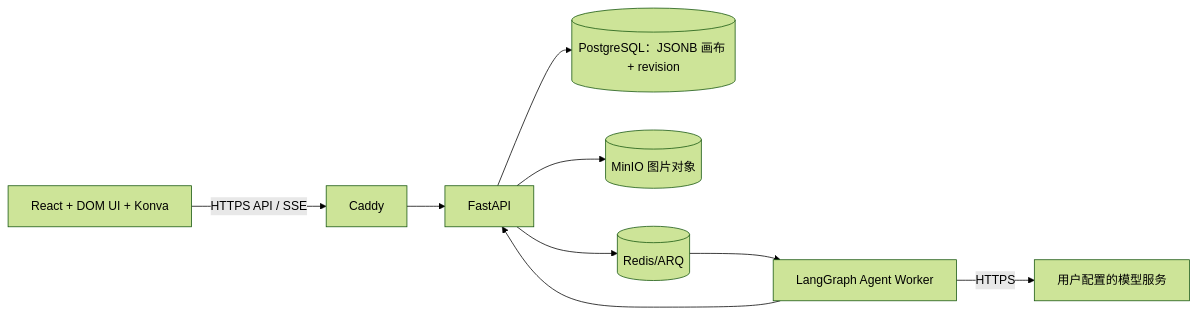
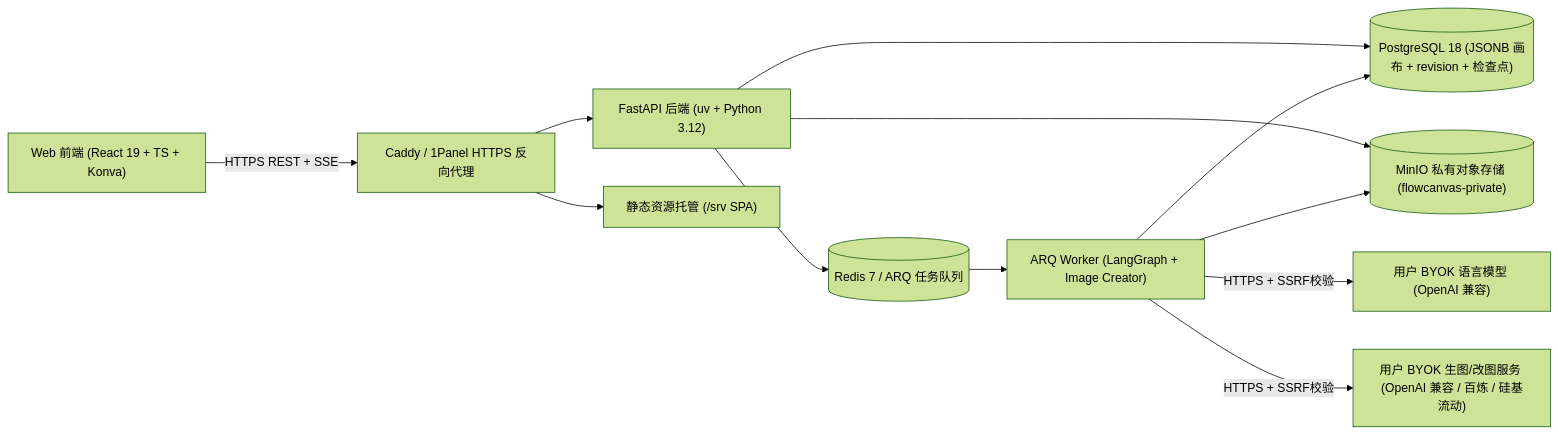
One commit to leileigwl/online-canvas-platform changed the diagram in docs/ARCHITECTURE.md. Above: the diagram before and after it, drawn with Mermaid (forest theme). The commit also changed other lines of this file and 139 other files, not shown here.

Commit message:
feat(platform): complete FlowCanvas v2 studio, BYOK image providers, Harness memory, and Docker stack

````diff
--- a/docs/ARCHITECTURE.md
+++ b/docs/ARCHITECTURE.md
@@ -9,11 +9,14 @@
 ```mermaid
 flowchart LR
-  Browser[React + DOM UI + Konva] -->|HTTPS API / SSE| Proxy[Caddy]
-  Proxy --> API[FastAPI]
-  API --> PG[(PostgreSQL：JSONB 画布 + revision)]
-  API --> MinIO[(MinIO 图片对象)]
-  API --> Redis[(Redis/ARQ)]
-  Redis --> Worker[LangGraph Agent Worker]
-  Worker -->|HTTPS| Model[用户配置的模型服务]
-  Worker --> API
+  Browser["Web 前端 (React 19 + TS + Konva)"] -->|HTTPS REST + SSE| Proxy["Caddy / 1Panel HTTPS 反向代理"]
+  Proxy --> API["FastAPI 后端 (uv + Python 3.12)"]
+  Proxy --> Static["静态资源托管 (/srv SPA)"]
+  API --> PG[("PostgreSQL 18 (JSONB 画布 + revision + 检查点)")]
+  API --> MinIO[("MinIO 私有对象存储 (flowcanvas-private)")]
+  API --> Redis[("Redis 7 / ARQ 任务队列")]
+  Redis --> Worker["ARQ Worker (LangGraph + Image Creator)"]
+  Worker --> PG
+  Worker --> MinIO
+  Worker -->|HTTPS + SSRF校验| ChatLLM["用户 BYOK 语言模型 (OpenAI 兼容)"]
+  Worker -->|HTTPS + SSRF校验| ImgAPI["用户 BYOK 生图/改图服务 (OpenAI 兼容 / 百炼 / 硅基流动)"]
 ```
````
